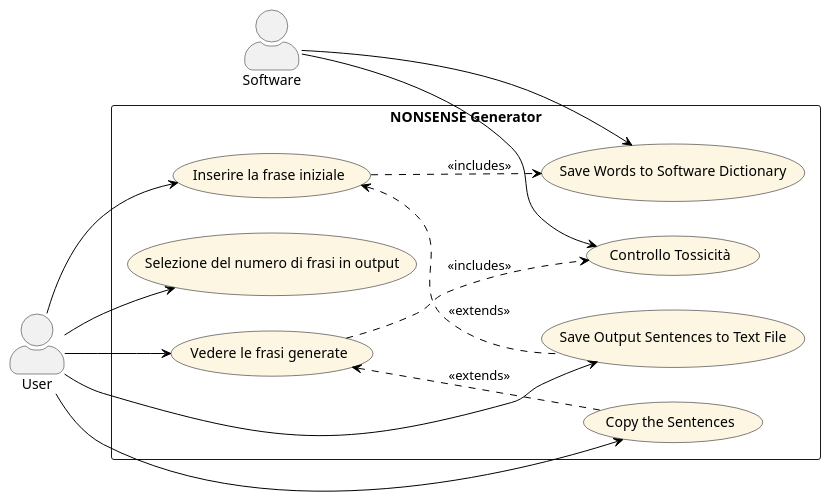
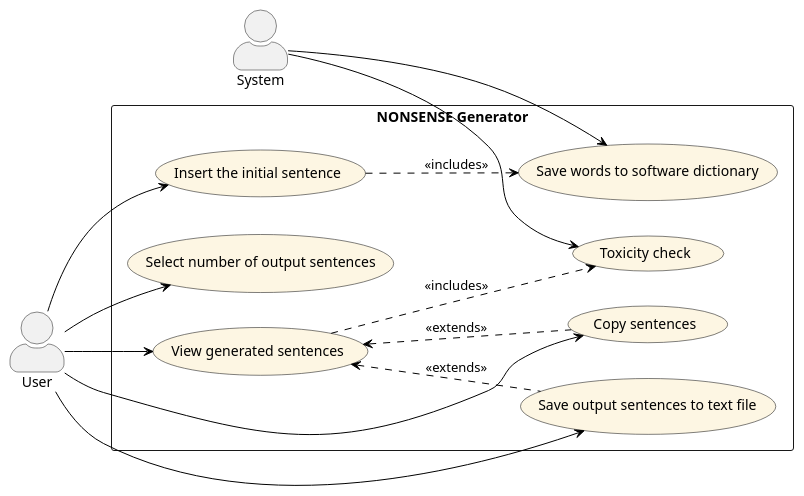
One commit to TognonGiac/nonsensegenerator changed the diagram in docs/resources/Use_Cases.md. Above: the diagram before and after it, drawn with PlantUML.

````diff
--- a/docs/resources/Use_Cases.md
+++ b/docs/resources/Use_Cases.md
@@ -288,51 +288,51 @@
 ```plantuml
 @startuml
 left to right direction
 skinparam actorStyle awesome
 skinparam usecase {
   BackgroundColor #fdf6e3
   BorderColor black
   ArrowColor black
 }
 
-' Attori
-actor Software as S
+' Actors
+actor System as S
 actor User as U
 
-' Sistema
+' System
 rectangle "NONSENSE Generator" {
 
   ' Input
-  usecase UC1 as "Inserire la frase iniziale"
-  usecase UC2 as "Selezione del numero di frasi in output"
+  usecase UC1 as "Insert the initial sentence"
+  usecase UC2 as "Select number of output sentences"
 
-  ' Elaborazione
-  usecase UC3 as "Vedere le frasi generate"
-  usecase UC4 as "Controllo Tossicità"
+  ' Processing
+  usecase UC3 as "View generated sentences"
+  usecase UC4 as "Toxicity check"
 
-  ' Azioni post-output
-  usecase UC5 as "Copy the Sentences"
-  usecase UC6 as "Save Output Sentences to Text File"
+  ' Post-output actions
+  usecase UC5 as "Copy sentences"
+  usecase UC6 as "Save output sentences to text file"
 
-  ' Automatico
-  usecase UC7 as "Save Words to Software Dictionary"
+  ' Automatic
+  usecase UC7 as "Save words to software dictionary"
 }
 
-' === Associazioni User ===
+' === User associations ===
 U --> UC1
 U --> UC2
 U --> UC3
 U --> UC5
 U --> UC6
 
-' === Associazioni Software ===
+' === System associations ===
 S --> UC4
 S --> UC7
 
-' === Relazioni tra use cases ===
+' === Use case relationships ===
 UC1 -[dashed]-> UC7 : <<includes>>
 UC3 -[dashed]-> UC4 : <<includes>>
 UC3 <-[dashed]- UC5 : <<extends>>
-UC1 <-[dashed]- UC6 : <<extends>>
+UC3 <-[dashed]- UC6 : <<extends>>
 @enduml
 ```
````
